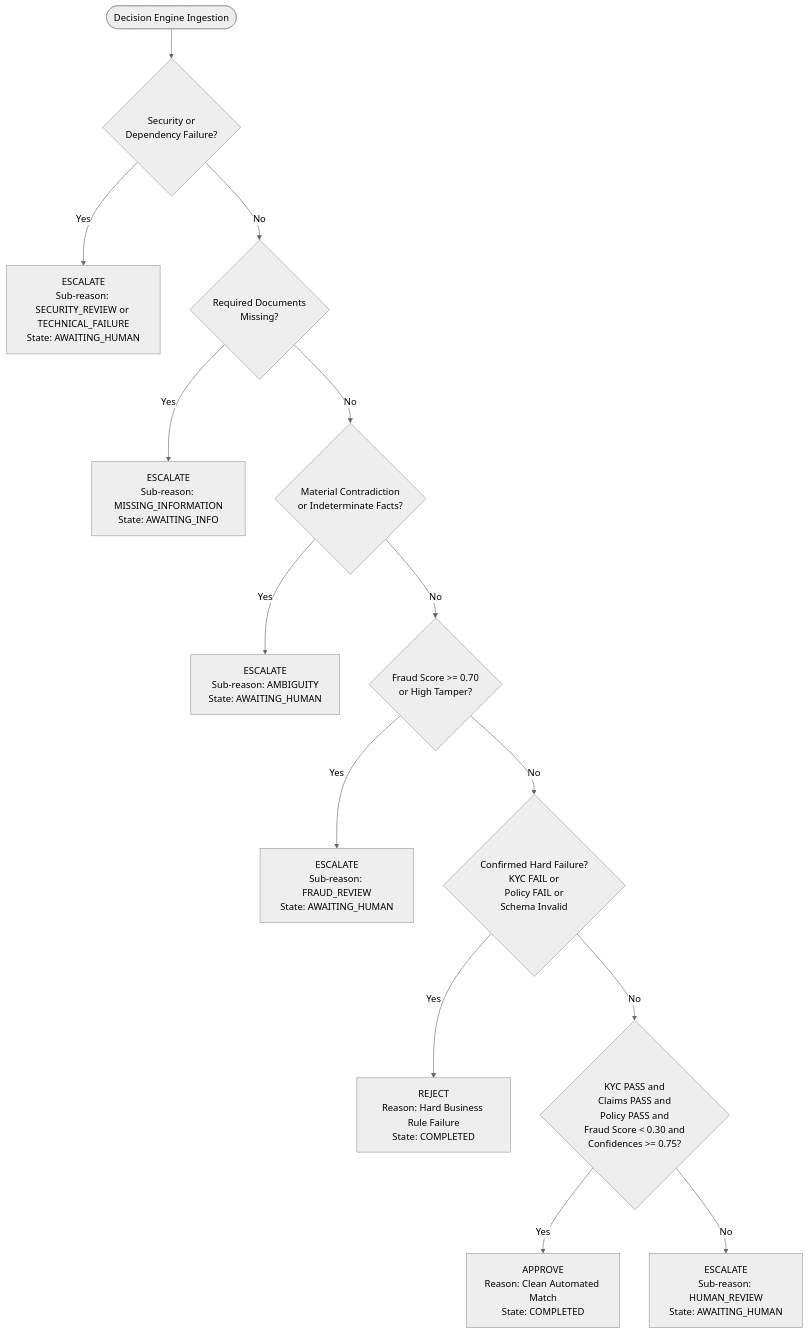
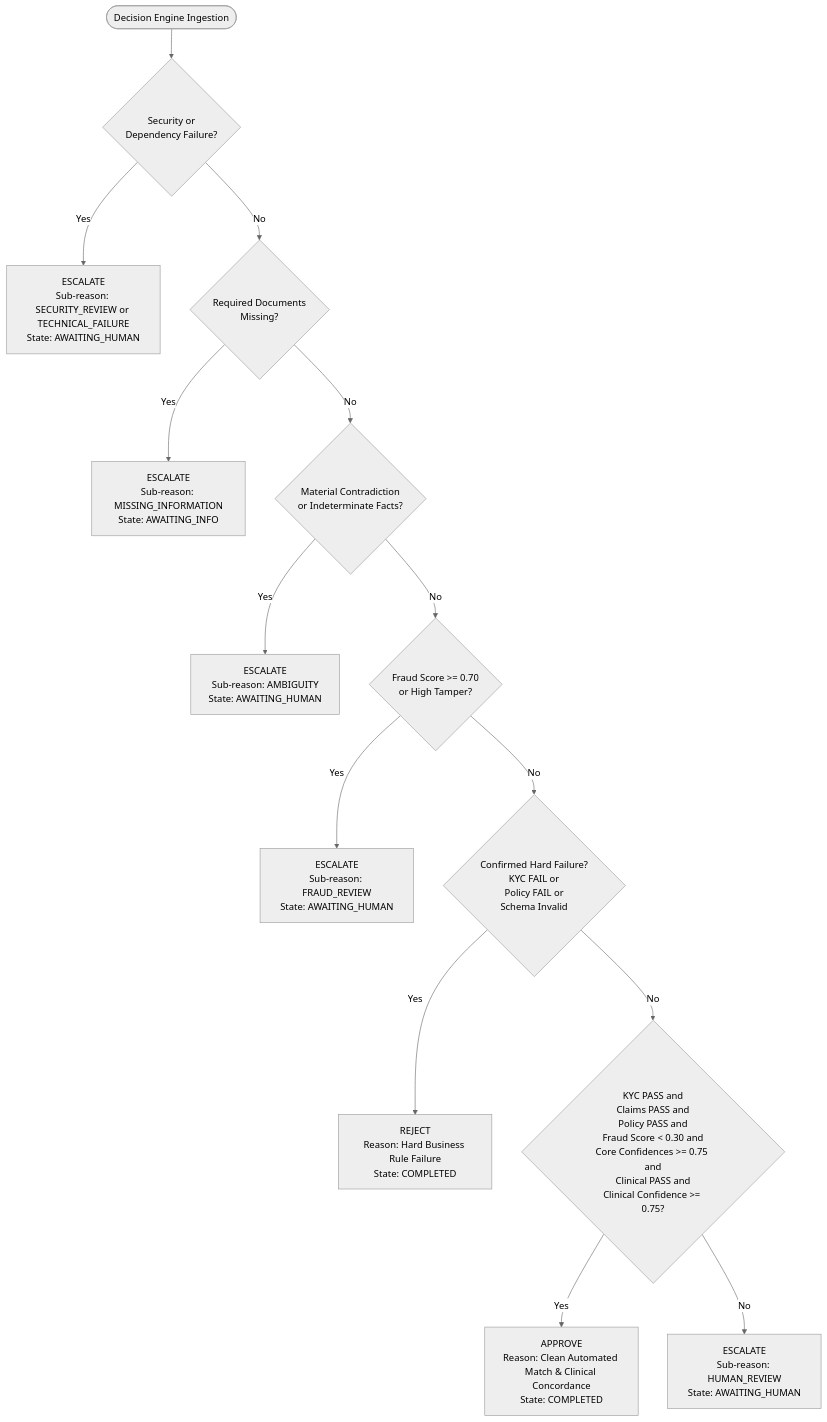
Before and after one commit to barbadikaramey-cloud/medishield: the diagram in docs/canonical/02_DECISION_ENGINE_AND_STATE_MACHINE.md, drawn with Mermaid (neutral theme). The commit also changed other lines of this file and 117 other files, not shown here.

Commit message:
feat: implement clinical alignment explanation, service-date kyc fix, and 30-case benchmark verification

````diff
--- a/docs/canonical/02_DECISION_ENGINE_AND_STATE_MACHINE.md
+++ b/docs/canonical/02_DECISION_ENGINE_AND_STATE_MACHINE.md
@@ -121,21 +121,21 @@
 ```mermaid
 flowchart TD
     Start([Decision Engine Ingestion]) --> CheckSec{Security or<br/>Dependency Failure?}
     CheckSec -- Yes --> EscSec[ESCALATE<br/>Sub-reason: SECURITY_REVIEW or TECHNICAL_FAILURE<br/>State: AWAITING_HUMAN]
     CheckSec -- No --> CheckComp{Required Documents<br/>Missing?}
     
     CheckComp -- Yes --> EscInfo[ESCALATE<br/>Sub-reason: MISSING_INFORMATION<br/>State: AWAITING_INFO]
     CheckComp -- No --> CheckAmb{Material Contradiction<br/>or Indeterminate Facts?}
     
     CheckAmb -- Yes --> EscAmb[ESCALATE<br/>Sub-reason: AMBIGUITY<br/>State: AWAITING_HUMAN]
     CheckAmb -- No --> CheckFraudHigh{Fraud Score >= 0.70<br/>or High Tamper?}
     
     CheckFraudHigh -- Yes --> EscFraud[ESCALATE<br/>Sub-reason: FRAUD_REVIEW<br/>State: AWAITING_HUMAN]
     CheckFraudHigh -- No --> CheckHardFail{Confirmed Hard Failure?<br/>KYC FAIL or<br/>Policy FAIL or<br/>Schema Invalid}
     
     CheckHardFail -- Yes --> AutoReject[REJECT<br/>Reason: Hard Business Rule Failure<br/>State: COMPLETED]
-    CheckHardFail -- No --> CheckApprove{KYC PASS and<br/>Claims PASS and<br/>Policy PASS and<br/>Fraud Score < 0.30 and<br/>Confidences >= 0.75?}
+    CheckHardFail -- No --> CheckApprove{KYC PASS and<br/>Claims PASS and<br/>Policy PASS and<br/>Fraud Score < 0.30 and<br/>Core Confidences >= 0.75 and<br/>Clinical PASS and<br/>Clinical Confidence >= 0.75?}
     
-    CheckApprove -- Yes --> AutoApprove[APPROVE<br/>Reason: Clean Automated Match<br/>State: COMPLETED]
+    CheckApprove -- Yes --> AutoApprove[APPROVE<br/>Reason: Clean Automated Match & Clinical Concordance<br/>State: COMPLETED]
     CheckApprove -- No --> EscReview[ESCALATE<br/>Sub-reason: HUMAN_REVIEW<br/>State: AWAITING_HUMAN]
 ```
````
